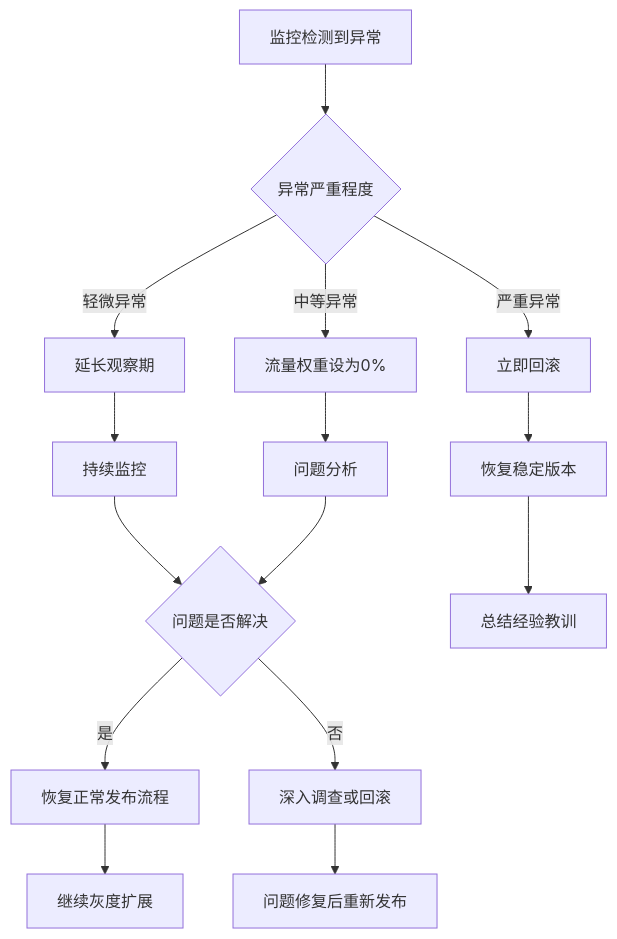
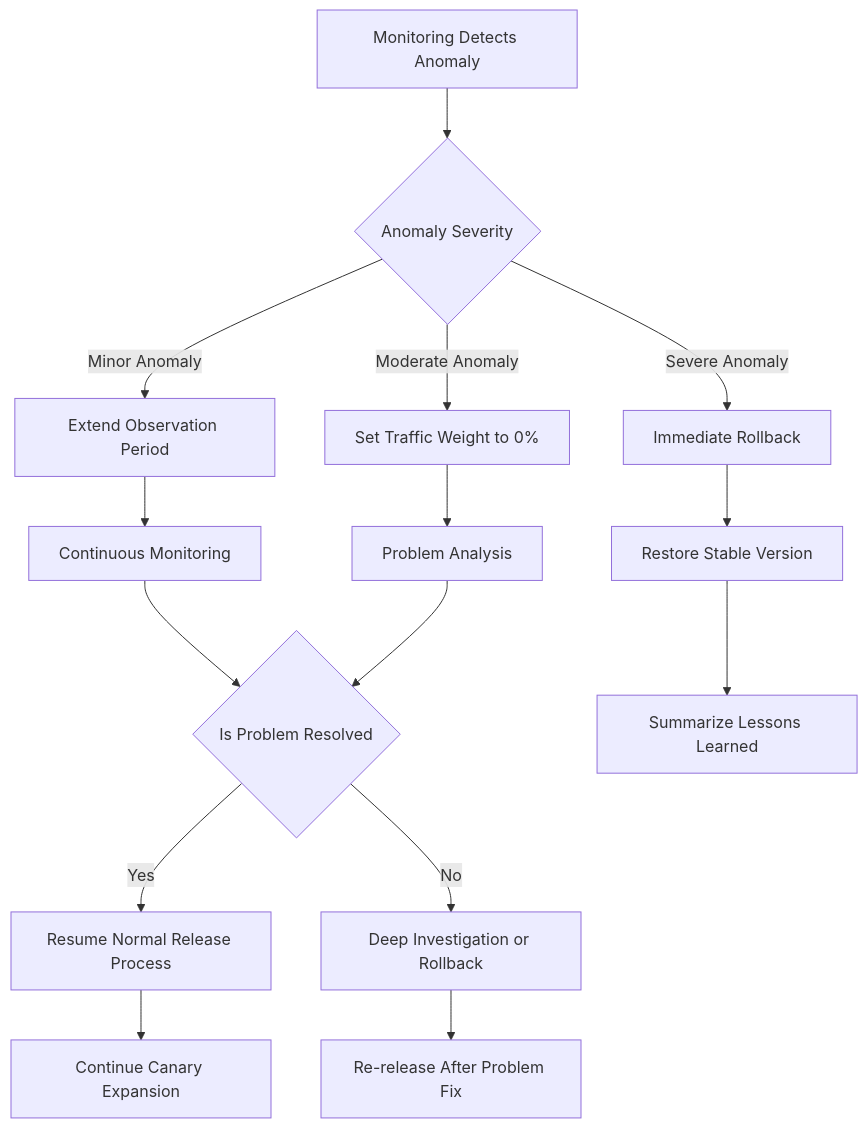
One commit to jitai-team/jitai-docs changed the third of 4 diagrams in docs/devguide/advanced-guide/application-layer-stability-guarantee.md. Above: the diagram before and after it, drawn with Mermaid. The commit also changed other lines of this file and 157 other files, not shown here.

````diff
--- a/docs/devguide/advanced-guide/application-layer-stability-guarantee.md
+++ b/docs/devguide/advanced-guide/application-layer-stability-guarantee.md
@@ -178,21 +178,21 @@
 ```mermaid
 graph TD
-    A[监控检测到异常] --> B{异常严重程度}
-    B -->|轻微异常| C[延长观察期]
-    B -->|中等异常| D[流量权重设为0%]
-    B -->|严重异常| E[立即回滚]
+    A[Monitoring Detects Anomaly] --> B{Anomaly Severity}
+    B -->|Minor Anomaly| C[Extend Observation Period]
+    B -->|Moderate Anomaly| D[Set Traffic Weight to 0%]
+    B -->|Severe Anomaly| E[Immediate Rollback]
     
-    C --> F[持续监控]
-    D --> G[问题分析]
-    E --> H[恢复稳定版本]
+    C --> F[Continuous Monitoring]
+    D --> G[Problem Analysis]
+    E --> H[Restore Stable Version]
     
-    F --> I{问题是否解决}
+    F --> I{Is Problem Resolved}
     G --> I
-    H --> J[总结经验教训]
+    H --> J[Summarize Lessons Learned]
     
-    I -->|是| K[恢复正常发布流程]
-    I -->|否| L[深入调查或回滚]
+    I -->|Yes| K[Resume Normal Release Process]
+    I -->|No| L[Deep Investigation or Rollback]
     
-    K --> M[继续灰度扩展]
-    L --> N[问题修复后重新发布]
+    K --> M[Continue Canary Expansion]
+    L --> N[Re-release After Problem Fix]
 ```
````
